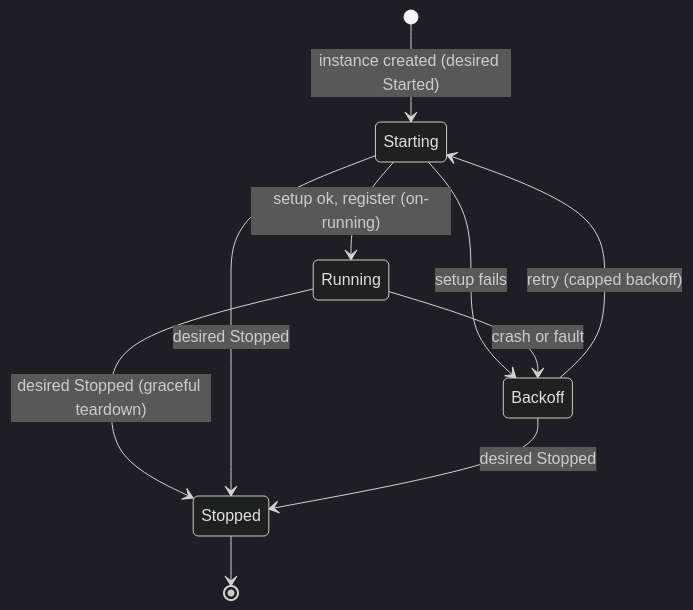
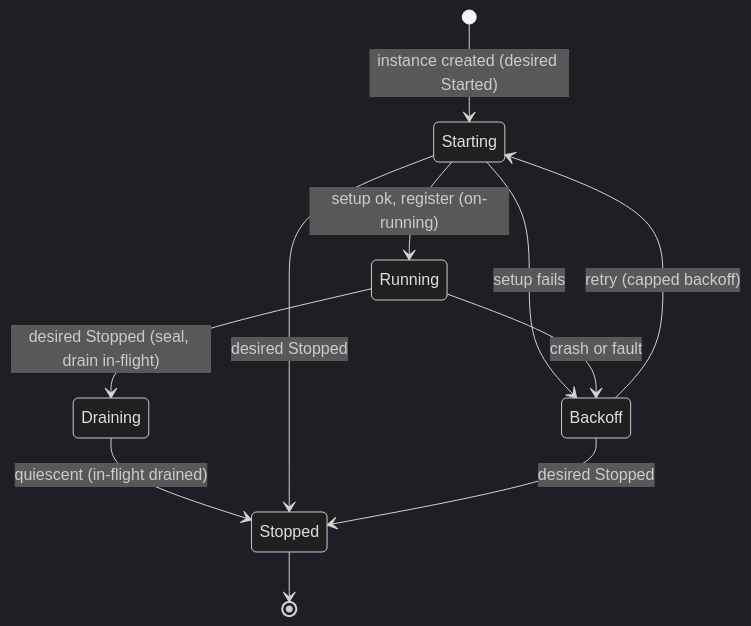
One commit to definitelycarter/fuchsia changed the first of 2 diagrams in docs/book/src/rfcs/supervised-bringup.md. Above: the diagram before and after it, drawn with Mermaid (dark theme). The commit also changed other lines of this file and 5 other files, not shown here.

````diff
--- a/docs/book/src/rfcs/supervised-bringup.md
+++ b/docs/book/src/rfcs/supervised-bringup.md
@@ -73,12 +76,13 @@
 ```mermaid
 stateDiagram-v2
   [*] --> Starting: instance created (desired Started)
   Starting --> Running: setup ok, register (on-running)
   Starting --> Backoff: setup fails
   Running --> Backoff: crash or fault
   Backoff --> Starting: retry (capped backoff)
-  Running --> Stopped: desired Stopped (graceful teardown)
+  Running --> Draining: desired Stopped (seal, drain in-flight)
+  Draining --> Stopped: quiescent (in-flight drained)
   Starting --> Stopped: desired Stopped
   Backoff --> Stopped: desired Stopped
   Stopped --> [*]
 ```
````
